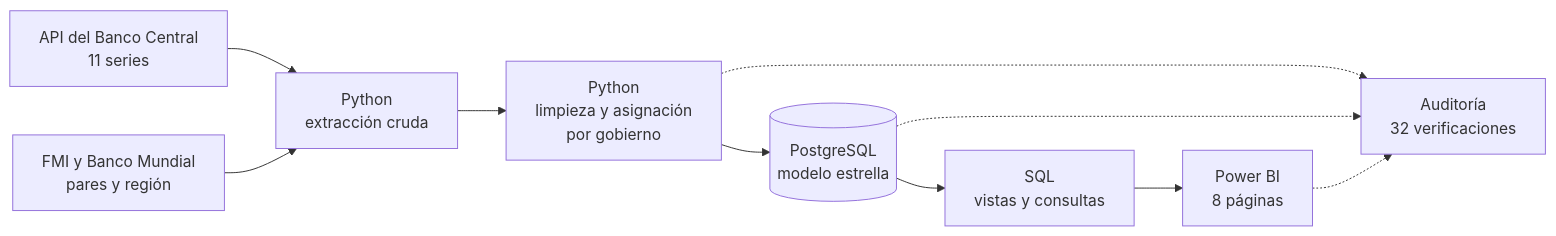
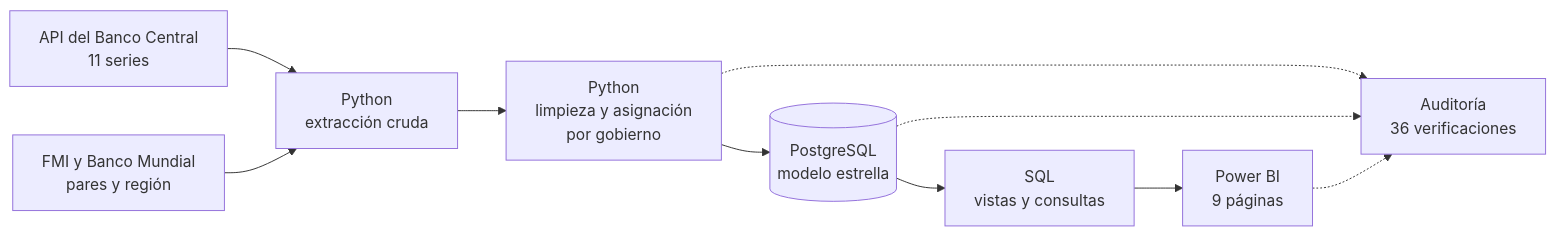
The diagram in README.md (NilzAlexisDiazGarcia/chile-economia-gobiernos), drawn with Mermaid before and after one commit. The commit also changed other lines of this file and 151 other files, not shown here.

````diff
--- a/README.md
+++ b/README.md
@@ -97,12 +123,12 @@
 ```mermaid
 flowchart LR
     A[API del Banco Central<br/>11 series] --> B[Python<br/>extracción cruda]
     F[FMI y Banco Mundial<br/>pares y región] --> B
     B --> C[Python<br/>limpieza y asignación<br/>por gobierno]
     C --> D[(PostgreSQL<br/>modelo estrella)]
     D --> E[SQL<br/>vistas y consultas]
-    E --> G[Power BI<br/>8 páginas]
-    C -.-> H[Auditoría<br/>32 verificaciones]
+    E --> G[Power BI<br/>9 páginas]
+    C -.-> H[Auditoría<br/>36 verificaciones]
     D -.-> H
     G -.-> H
 ```
````
